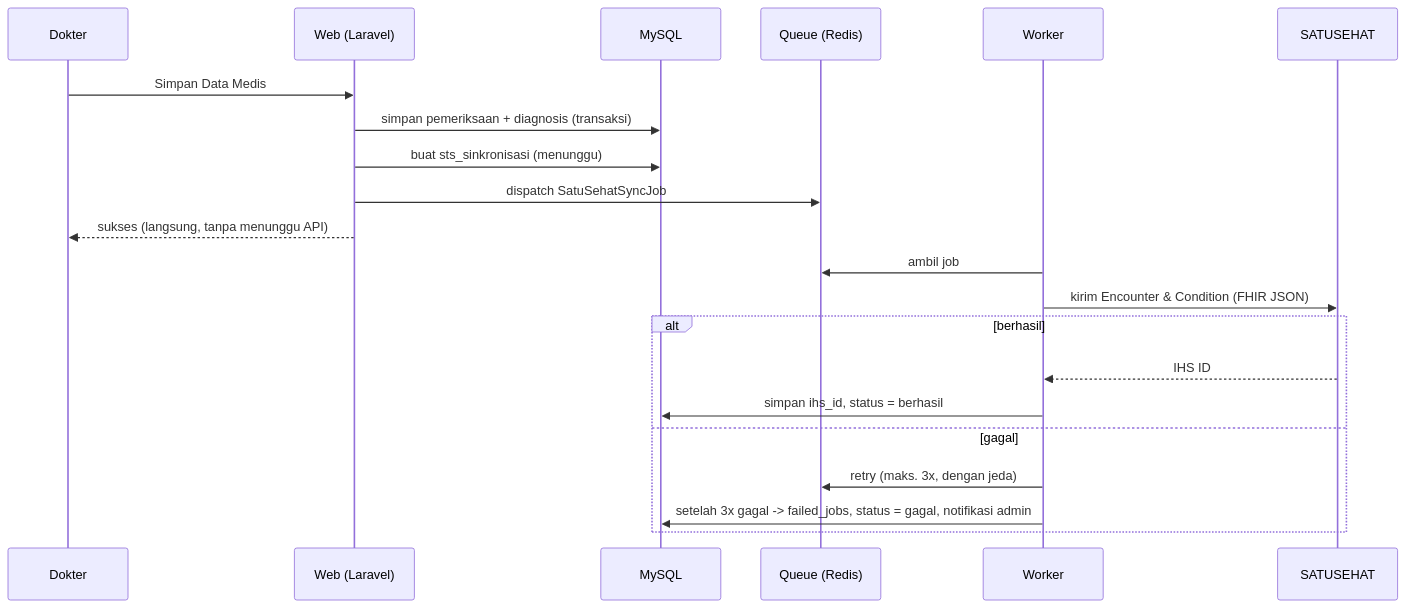
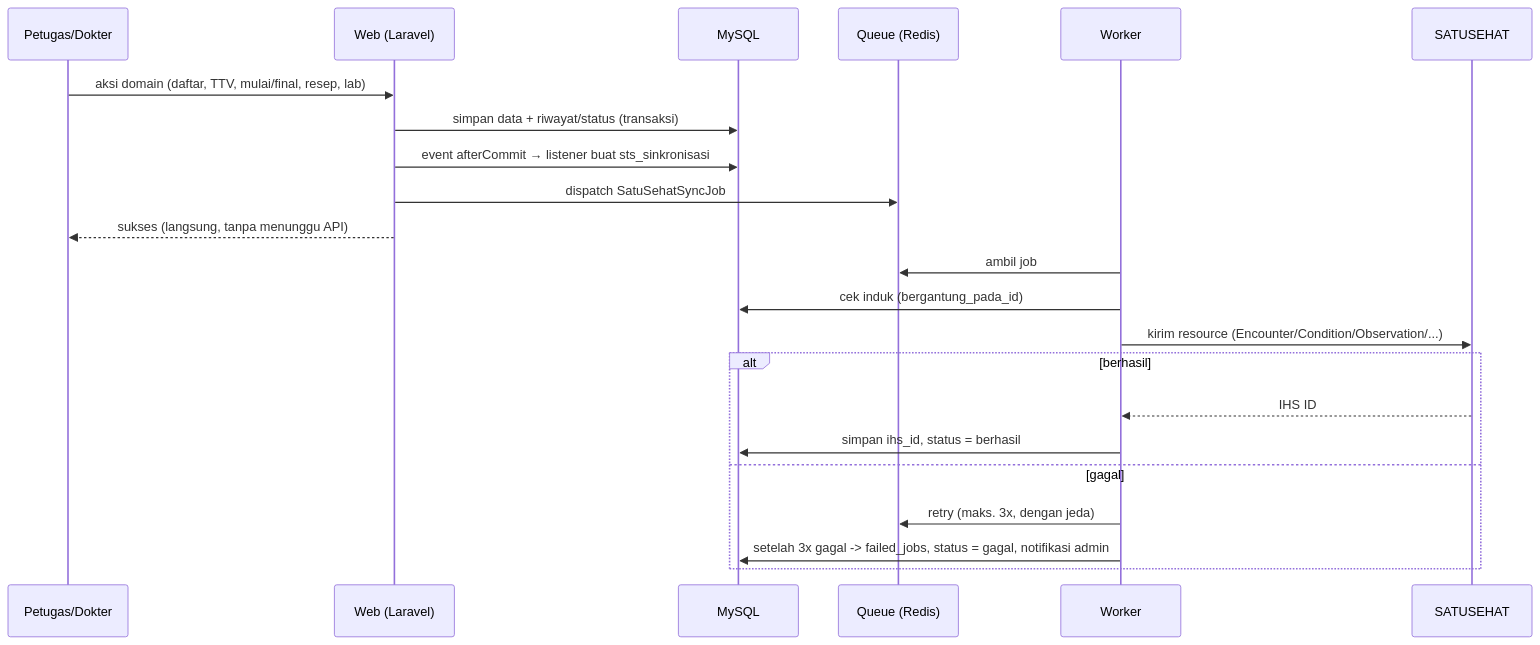
One commit to NiceCode9/klinik-avicena changed the fourth of 4 diagrams in docs/architecture.md. Above: the diagram before and after it, drawn with Mermaid. The commit also changed other lines of this file and 75 other files, not shown here.

````diff
--- a/docs/architecture.md
+++ b/docs/architecture.md
@@ -117,23 +118,24 @@
 ```mermaid
 sequenceDiagram
-  participant D as Dokter
+  participant U as Petugas/Dokter
   participant W as Web (Laravel)
   participant DB as MySQL
   participant Q as Queue (Redis)
   participant K as Worker
   participant S as SATUSEHAT
-  D->>W: Simpan Data Medis
-  W->>DB: simpan pemeriksaan + diagnosis (transaksi)
-  W->>DB: buat sts_sinkronisasi (menunggu)
+  U->>W: aksi domain (daftar, TTV, mulai/final, resep, lab)
+  W->>DB: simpan data + riwayat/status (transaksi)
+  W->>DB: event afterCommit → listener buat sts_sinkronisasi
   W->>Q: dispatch SatuSehatSyncJob
-  W-->>D: sukses (langsung, tanpa menunggu API)
+  W-->>U: sukses (langsung, tanpa menunggu API)
   K->>Q: ambil job
-  K->>S: kirim Encounter & Condition (FHIR JSON)
+  K->>DB: cek induk (bergantung_pada_id)
+  K->>S: kirim resource (Encounter/Condition/Observation/...)
   alt berhasil
     S-->>K: IHS ID
     K->>DB: simpan ihs_id, status = berhasil
   else gagal
     K->>Q: retry (maks. 3x, dengan jeda)
     K->>DB: setelah 3x gagal -> failed_jobs, status = gagal, notifikasi admin
   end
 ```
````
